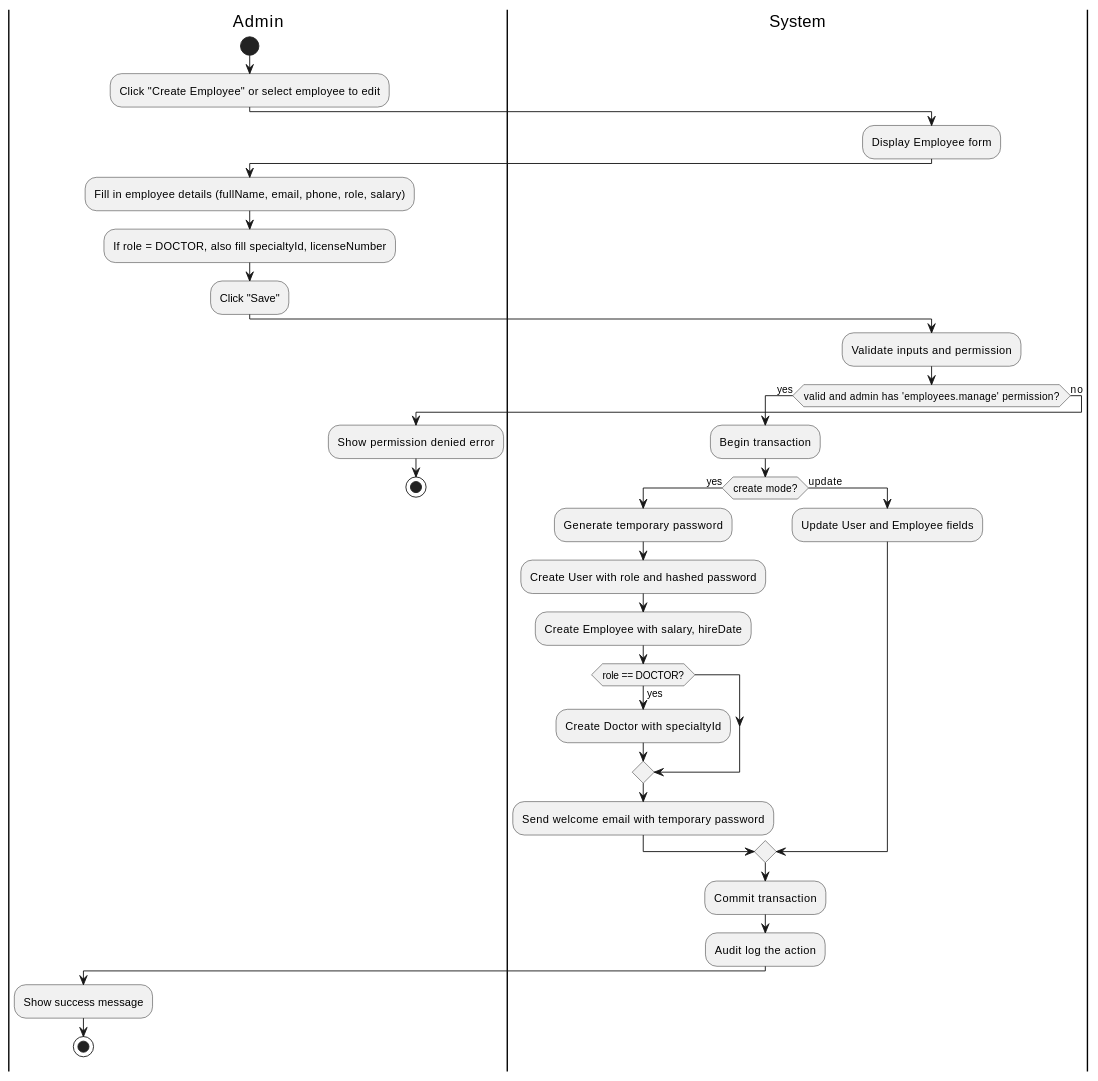
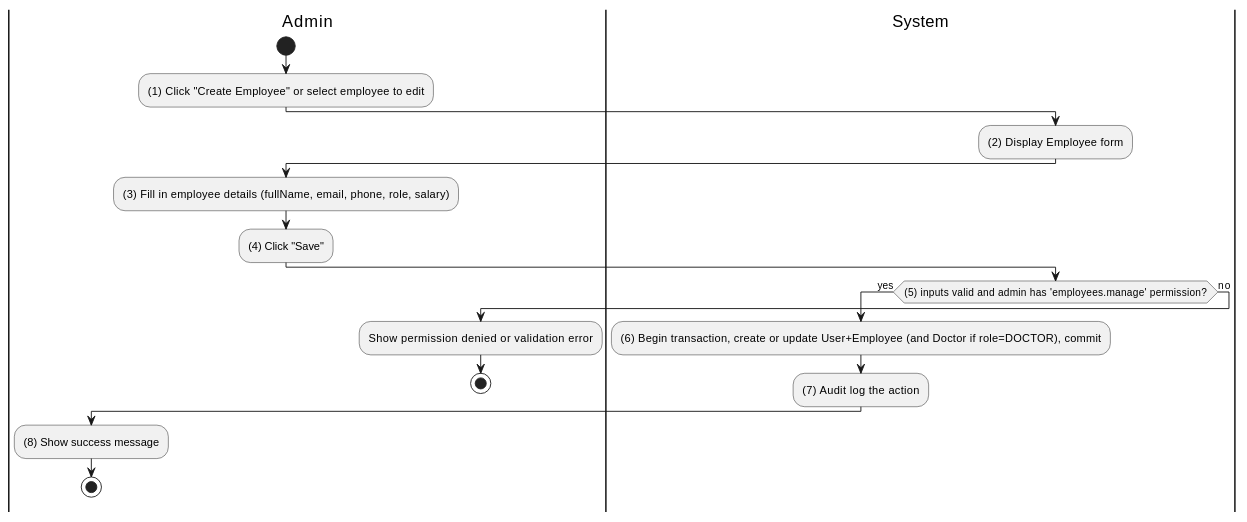
Before and after one commit to MinhThienNguyen040905/SE356---He-thong-phong-kham: the eighth of 27 diagrams in Docs/SRS.md, drawn with PlantUML. The commit also changed other lines of this file, not shown here.

Commit message:
Implement feature X to enhance user experience and optimize performance

````diff
--- a/Docs/SRS.md
+++ b/Docs/SRS.md
@@ -546,39 +512,24 @@
 ```plantuml
 @startuml
 |Admin|
 start
-:Click "Create Employee" or select employee to edit;
+:(1) Click "Create Employee" or select employee to edit;
 |System|
-:Display Employee form;
+:(2) Display Employee form;
 |Admin|
-:Fill in employee details (fullName, email, phone, role, salary);
-:If role = DOCTOR, also fill specialtyId, licenseNumber;
-:Click "Save";
+:(3) Fill in employee details (fullName, email, phone, role, salary);
+:(4) Click "Save";
 |System|
-:Validate inputs and permission;
-if (valid and admin has 'employees.manage' permission?) then (yes)
-  :Begin transaction;
-  if (create mode?) then (yes)
-    :Generate temporary password;
-    :Create User with role and hashed password;
-    :Create Employee with salary, hireDate;
-    if (role == DOCTOR?) then (yes)
-      :Create Doctor with specialtyId;
-    else
-    endif
-    :Send welcome email with temporary password;
-  else (update)
-    :Update User and Employee fields;
-  endif
-  :Commit transaction;
-  :Audit log the action;
+if ((5) inputs valid and admin has 'employees.manage' permission?) then (yes)
+  :(6) Begin transaction, create or update User+Employee (and Doctor if role=DOCTOR), commit;
+  :(7) Audit log the action;
   |Admin|
-  :Show success message;
+  :(8) Show success message;
   stop
 else (no)
   |Admin|
-  :Show permission denied error;
+  :Show permission denied or validation error;
   stop
 endif
 @enduml
 ```
````
